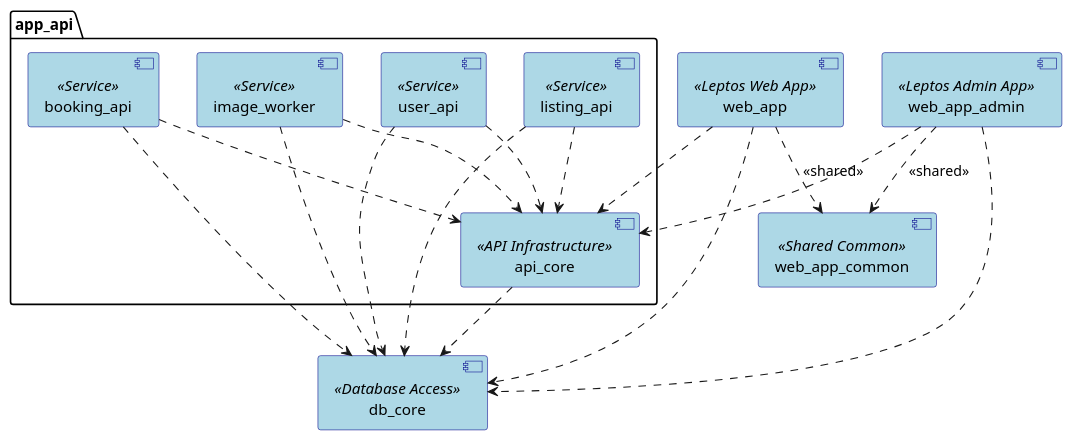
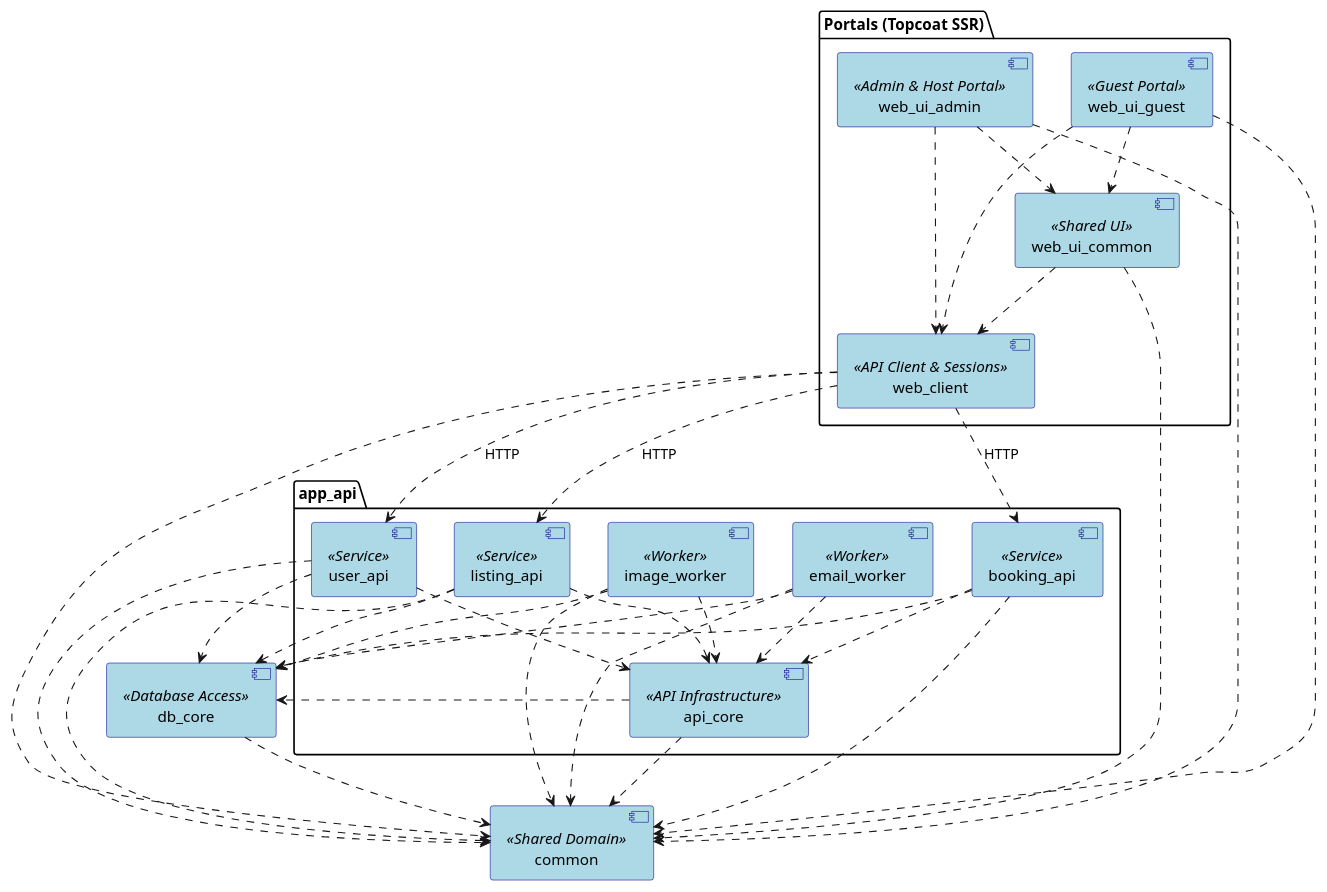
The diagram in docs/component-diagram.plantuml (pavelbyles/our_places_rs), drawn with PlantUML before and after one commit. The commit also changed 4 other files, not shown here.

Commit message:
Update doc, diagrams and devenv.lock

```diff
--- a/docs/component-diagram.plantuml
+++ b/docs/component-diagram.plantuml
@@ -1,45 +1,62 @@
 @startuml
 skinparam componentStyle uml2
 skinparam backgroundColor white
 skinparam component {
   BackgroundColor lightblue
   BorderColor darkblue
 }
 
-[web_app] as WA <<Leptos Web App>>
-[web_app_admin] as WAA <<Leptos Admin App>>
+package "Portals (Topcoat SSR)" {
+    [web_ui_guest] as WG <<Guest Portal>>
+    [web_ui_admin] as WA <<Admin & Host Portal>>
+    [web_ui_common] as WUC <<Shared UI>>
+    [web_client] as WC <<API Client & Sessions>>
+}
 
 package "app_api" {
     [api_core] as AC <<API Infrastructure>>
     [booking_api] as BA <<Service>>
-    [image_worker] as IW <<Service>>
     [listing_api] as LA <<Service>>
     [user_api] as UA <<Service>>
+    [image_worker] as IW <<Worker>>
+    [email_worker] as EW <<Worker>>
 }
 
+[common] as COM <<Shared Domain>>
 [db_core] as DC <<Database Access>>
-[web_app_common] as WAC <<Shared Common>>
 
-' Frontends usage of common
-WA ..> WAC : <<shared>>
-WAA ..> WAC : <<shared>>
+' Portals: UI layer over the HTTP client; never the database
+WG ..> WUC
+WA ..> WUC
+WG ..> WC
+WA ..> WC
+WUC ..> WC
+WG ..> COM
+WA ..> COM
+WUC ..> COM
+WC ..> COM
+WC ..> BA : HTTP
+WC ..> LA : HTTP
+WC ..> UA : HTTP
 
-' Frontends usage of core (SSR)
-WA ..> AC
-WA ..> DC
-WAA ..> AC
-WAA ..> DC
-
-' API dependencies
+' API dependencies (APIs never depend on each other)
 BA ..> AC
+LA ..> AC
+UA ..> AC
+IW ..> AC
+EW ..> AC
+BA ..> COM
+LA ..> COM
+UA ..> COM
+IW ..> COM
+EW ..> COM
 BA ..> DC
-IW ..> AC
+LA ..> DC
+UA ..> DC
 IW ..> DC
-LA ..> AC
-LA ..> DC
-UA ..> AC
-UA ..> DC
-
+EW ..> DC
 AC ..> DC
+AC ..> COM
+DC ..> COM
 
 @enduml
```
